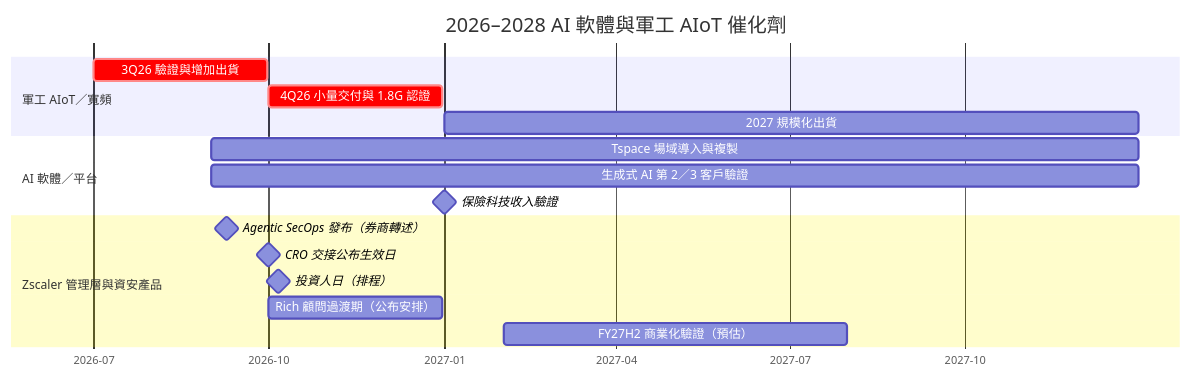
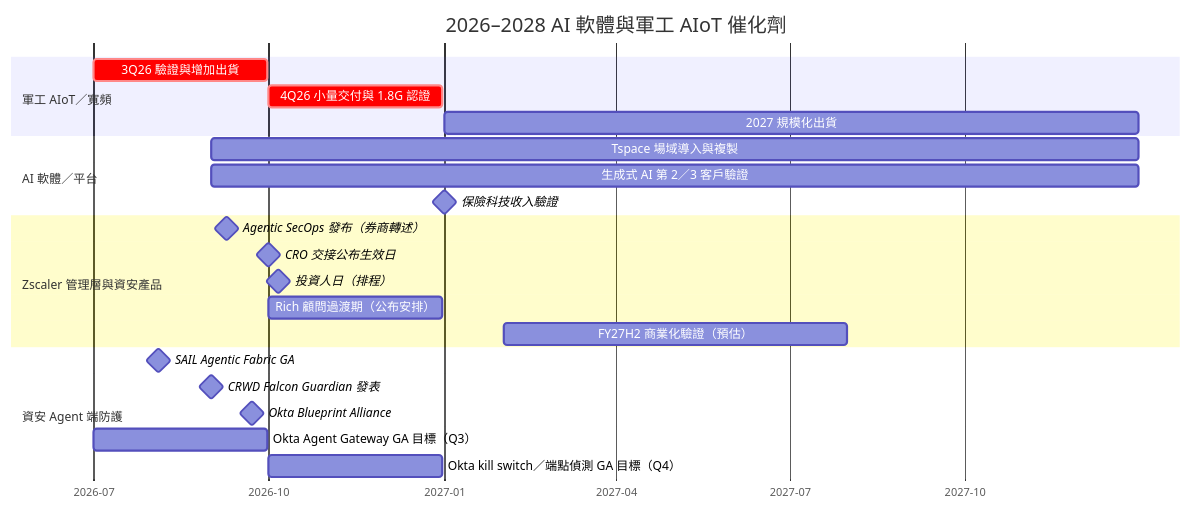
Before and after one commit to kevn950324/wiki_Stockv2: the diagram in content/lib/5.schedule/時程_2026AI軟體與軍工AIoT催化劑.md, drawn with Mermaid. The commit also changed other lines of this file and 14 other files, not shown here.

````diff
--- a/content/lib/5.schedule/時程_2026AI軟體與軍工AIoT催化劑.md
+++ b/content/lib/5.schedule/時程_2026AI軟體與軍工AIoT催化劑.md
@@ -43,20 +59,26 @@
 ```mermaid
 gantt
     title 2026–2028 AI 軟體與軍工 AIoT 催化劑
     dateFormat YYYY-MM-DD
     axisFormat %Y-%m
     section 軍工 AIoT／寬頻
     3Q26 驗證與增加出貨 :crit, 2026-07-01, 2026-09-30
     4Q26 小量交付與 1.8G 認證 :crit, 2026-10-01, 2026-12-31
     2027 規模化出貨 :2027-01-01, 2027-12-31
     section AI 軟體／平台
     Tspace 場域導入與複製 :2026-09-01, 2027-12-31
     生成式 AI 第 2／3 客戶驗證 :2026-09-01, 2027-12-31
     保險科技收入驗證 :milestone, 2027-01-01, 0d
     section Zscaler 管理層與資安產品
     Agentic SecOps 發布（券商轉述） :milestone, 2026-09-09, 0d
     CRO 交接公布生效日 :milestone, 2026-10-01, 0d
     投資人日（排程） :milestone, 2026-10-06, 0d
     Rich 顧問過渡期（公布安排） :2026-10-01, 2026-12-31
     FY27H2 商業化驗證（預估） :2027-02-01, 2027-07-31
+    section 資安 Agent 端防護
+    SAIL Agentic Fabric GA :milestone, 2026-08-04, 0d
+    CRWD Falcon Guardian 發表 :milestone, 2026-09-01, 0d
+    Okta Blueprint Alliance :milestone, 2026-09-22, 0d
+    Okta Agent Gateway GA 目標（Q3） :2026-07-01, 2026-09-30
+    Okta kill switch／端點偵測 GA 目標（Q4） :2026-10-01, 2026-12-31
 ```
````
